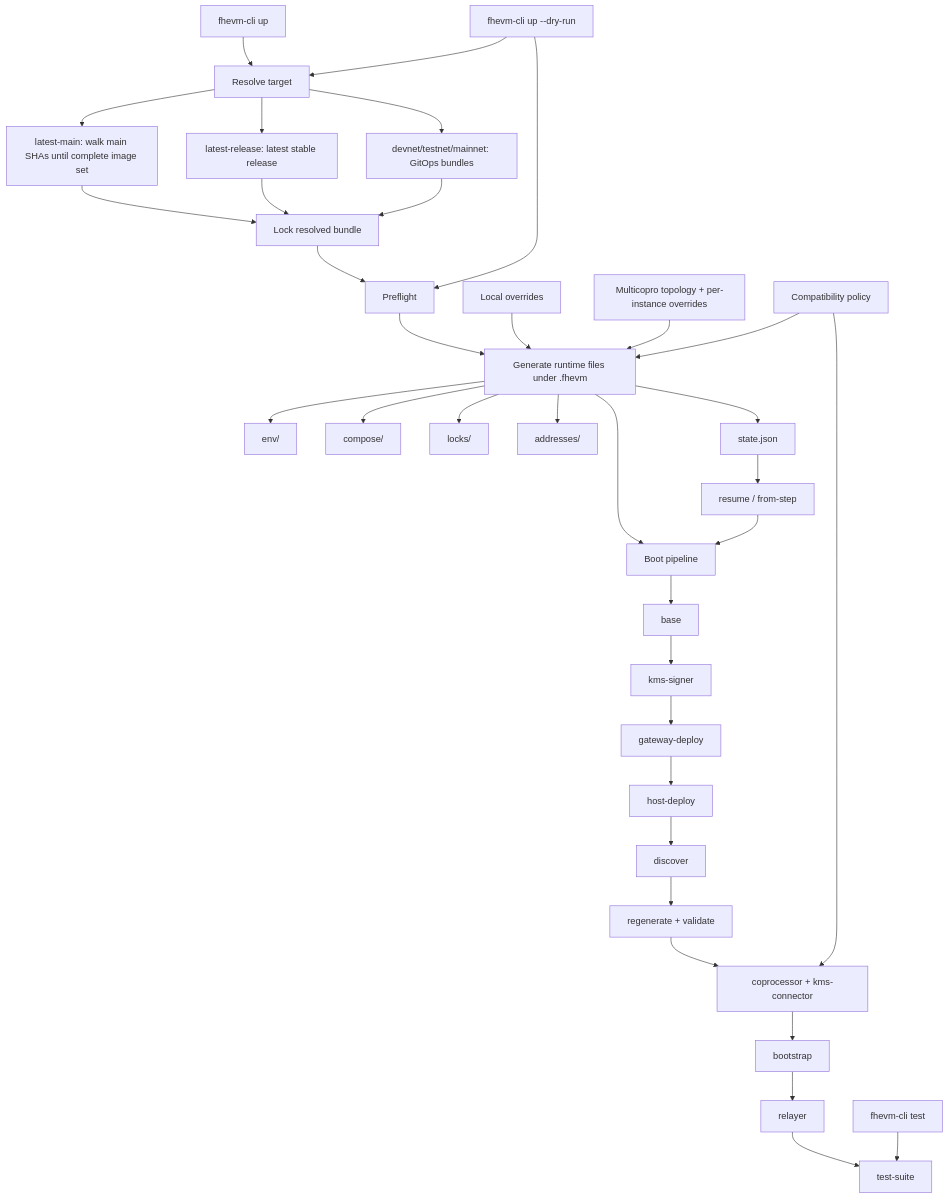
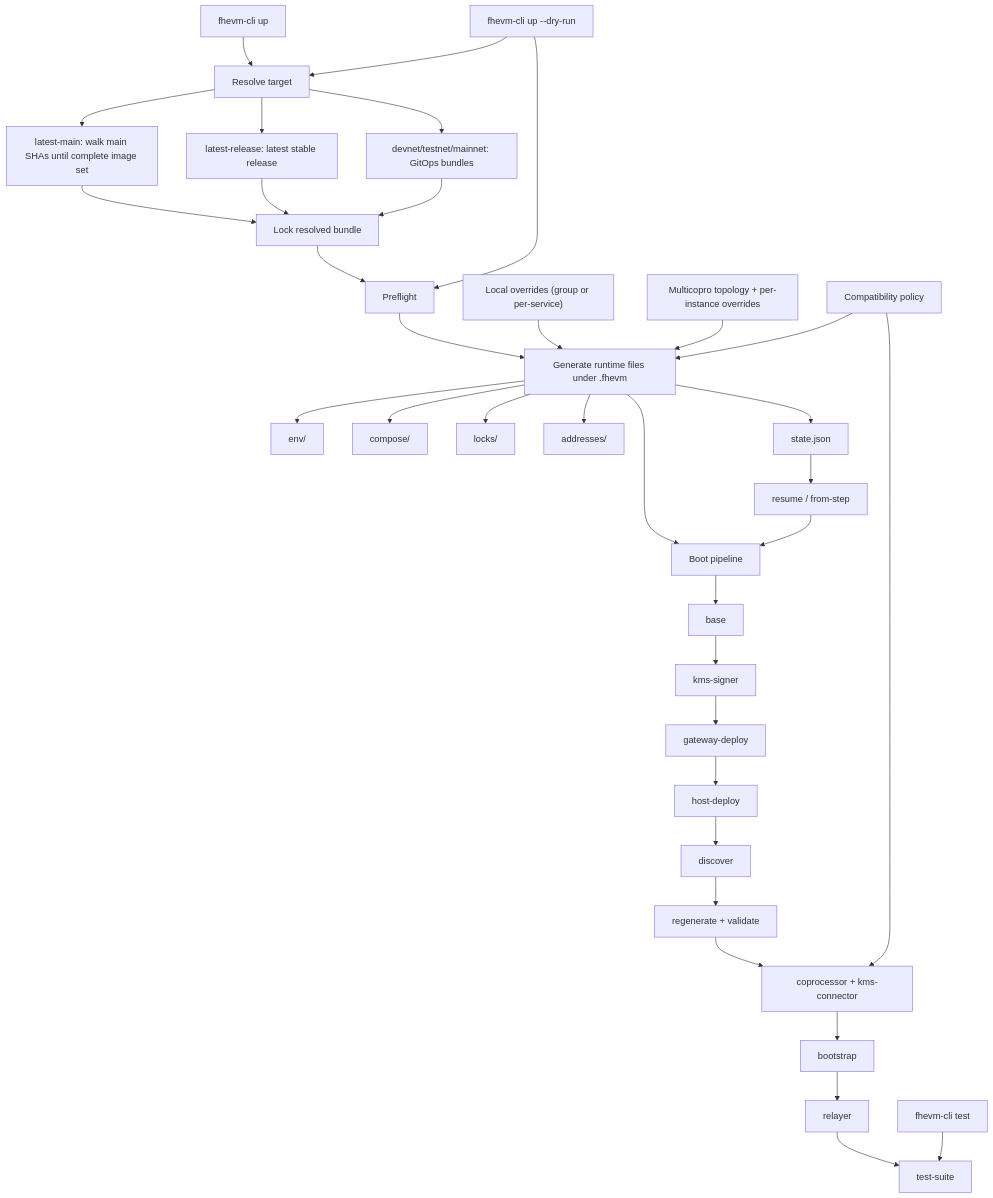
The diagram in test-suite/fhevm/ARCHITECTURE.md (zama-ai/fhevm), drawn with Mermaid before and after one commit. The commit also changed 6 other files, not shown here.

Commit message:
feat(test-suite): add per-service override support to fhevm-cli

````diff
--- a/test-suite/fhevm/ARCHITECTURE.md
+++ b/test-suite/fhevm/ARCHITECTURE.md
@@ -5,42 +5,42 @@
 ```mermaid
 flowchart TD
   A["fhevm-cli up"] --> B["Resolve target"]
   B --> B1["latest-main: walk main SHAs until complete image set"]
   B --> B2["latest-release: latest stable release"]
   B --> B3["devnet/testnet/mainnet: GitOps bundles"]
   B1 --> C["Lock resolved bundle"]
   B2 --> C
   B3 --> C
 
   C --> D["Preflight"]
   D --> E["Generate runtime files under .fhevm"]
   E --> E1["env/"]
   E --> E2["compose/"]
   E --> E3["locks/"]
   E --> E4["addresses/"]
   E --> E5["state.json"]
 
   E --> F["Boot pipeline"]
   F --> F1["base"]
   F1 --> F2["kms-signer"]
   F2 --> F3["gateway-deploy"]
   F3 --> F4["host-deploy"]
   F4 --> F5["discover"]
   F5 --> F6["regenerate + validate"]
   F6 --> F7["coprocessor + kms-connector"]
   F7 --> F8["bootstrap"]
   F8 --> F9["relayer"]
   F9 --> F10["test-suite"]
 
-  G["Local overrides"] --> E
+  G["Local overrides (group or per-service)"] --> E
   H["Multicopro topology + per-instance overrides"] --> E
   I["Compatibility policy"] --> E
   I --> F7
 
   E5 --> J["resume / from-step"]
   J --> F
 
   K["fhevm-cli test"] --> F10
   L["fhevm-cli up --dry-run"] --> B
   L --> D
 ```
````
